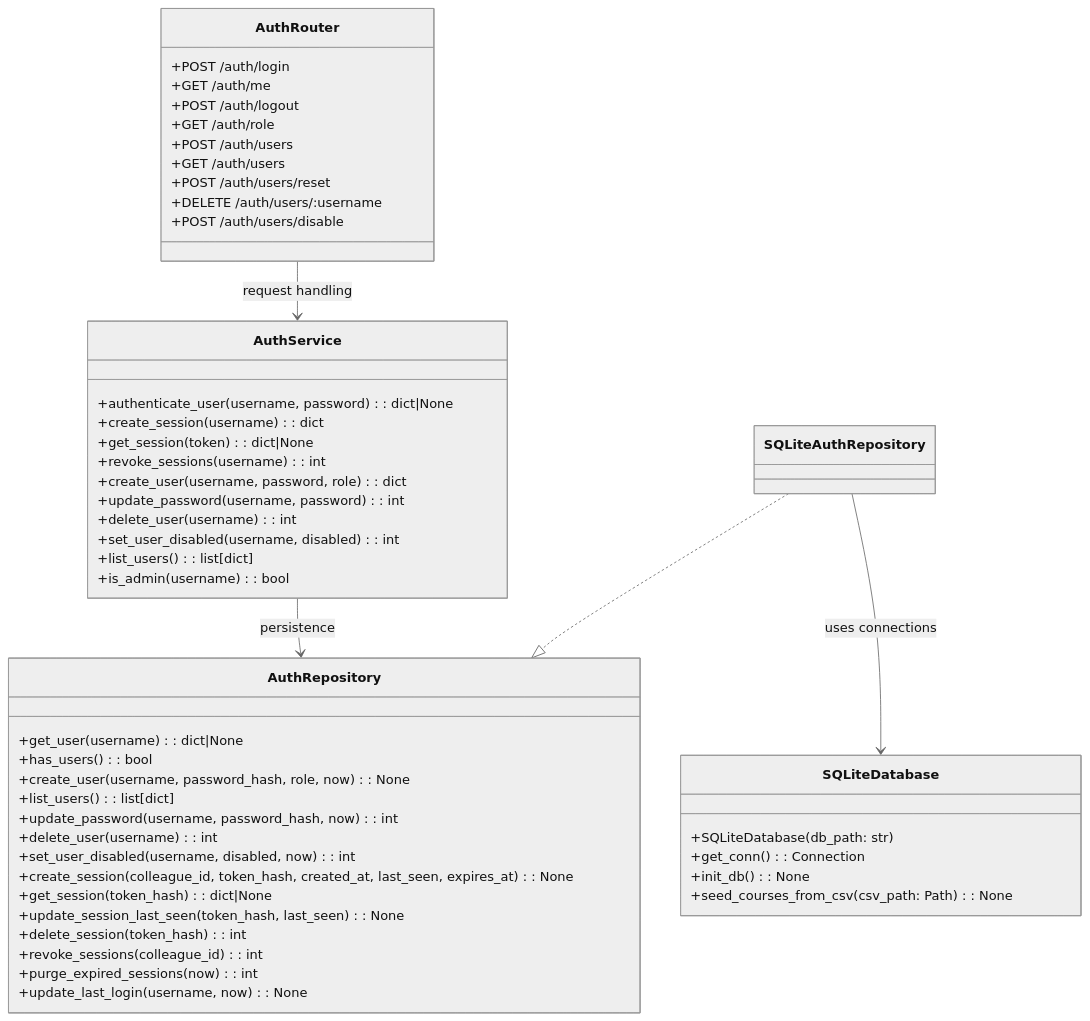
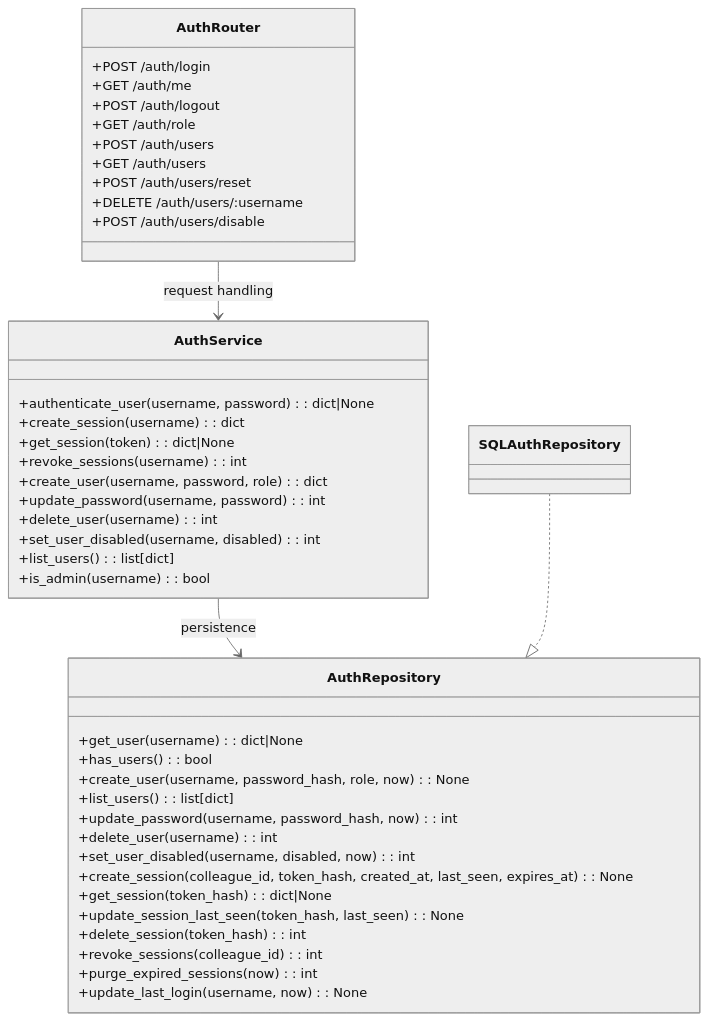
The third of 13 diagrams in docs/architecture.md (JustinMelger/Upstream), drawn with Mermaid (neutral theme) before and after one commit. The commit also changed other lines of this file and 66 other files, not shown here.

````diff
--- a/docs/architecture.md
+++ b/docs/architecture.md
@@ -66,59 +66,51 @@
 ```mermaid
 classDiagram
   class AuthRouter {
     +POST /auth/login
     +GET /auth/me
     +POST /auth/logout
     +GET /auth/role
     +POST /auth/users
     +GET /auth/users
     +POST /auth/users/reset
     +DELETE /auth/users/:username
     +POST /auth/users/disable
   }
 
   class AuthService {
     +authenticate_user(username, password): dict|None
     +create_session(username): dict
     +get_session(token): dict|None
     +revoke_sessions(username): int
     +create_user(username, password, role): dict
     +update_password(username, password): int
     +delete_user(username): int
     +set_user_disabled(username, disabled): int
     +list_users(): list[dict]
     +is_admin(username): bool
   }
 
   class AuthRepository {
     +get_user(username): dict|None
     +has_users(): bool
     +create_user(username, password_hash, role, now): None
     +list_users(): list[dict]
     +update_password(username, password_hash, now): int
     +delete_user(username): int
     +set_user_disabled(username, disabled, now): int
     +create_session(colleague_id, token_hash, created_at, last_seen, expires_at): None
     +get_session(token_hash): dict|None
     +update_session_last_seen(token_hash, last_seen): None
     +delete_session(token_hash): int
     +revoke_sessions(colleague_id): int
     +purge_expired_sessions(now): int
     +update_last_login(username, now): None
   }
 
-  class SQLiteAuthRepository {
-  }
-
-  class SQLiteDatabase {
-    +SQLiteDatabase(db_path: str)
-    +get_conn(): Connection
-    +init_db(): None
-    +seed_courses_from_csv(csv_path: Path): None
+  class SQLAuthRepository {
   }
 
   AuthRouter --> AuthService : request handling
   AuthService --> AuthRepository : persistence
-  SQLiteAuthRepository ..|> AuthRepository
-  SQLiteAuthRepository --> SQLiteDatabase : uses connections
+  SQLAuthRepository ..|> AuthRepository
 ```
````
